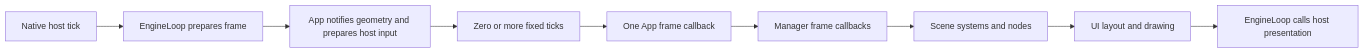
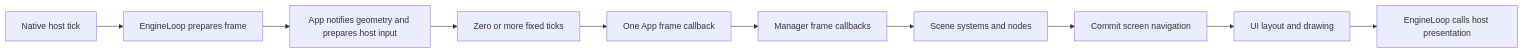
One commit to canopyengine/canopy-docs changed the diagram in markdown/engine-details/runtime.md. Above: the diagram before and after it, drawn with Mermaid. The commit also changed other lines of this file and 7 other files, not shown here.

First line of the commit message:
[Agent] Document class-based screen navigation

````diff
--- a/markdown/engine-details/runtime.md
+++ b/markdown/engine-details/runtime.md
@@ -26,11 +26,12 @@
 ```mermaid
 flowchart LR
   host[Native host tick] --> begin[EngineLoop prepares frame]
   begin --> geometry[App notifies geometry and prepares host input]
   geometry --> physics[Zero or more fixed ticks]
   physics --> app[One App frame callback]
   app --> managers[Manager frame callbacks]
   managers --> scene[Scene systems and nodes]
-  scene --> ui[UI layout and drawing]
+  scene --> navigation[Commit screen navigation]
+  navigation --> ui[UI layout and drawing]
   ui --> present[EngineLoop calls host presentation]
 ```
````
